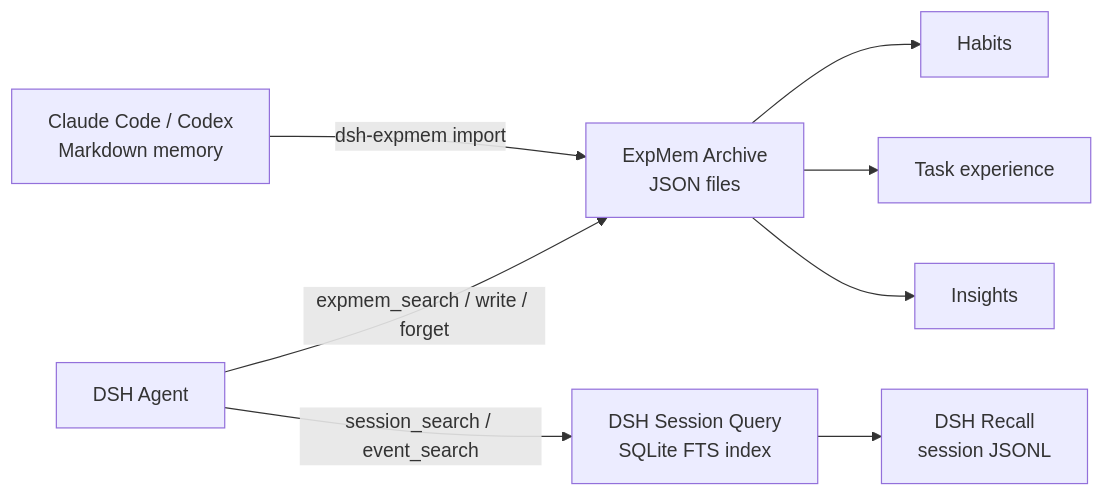
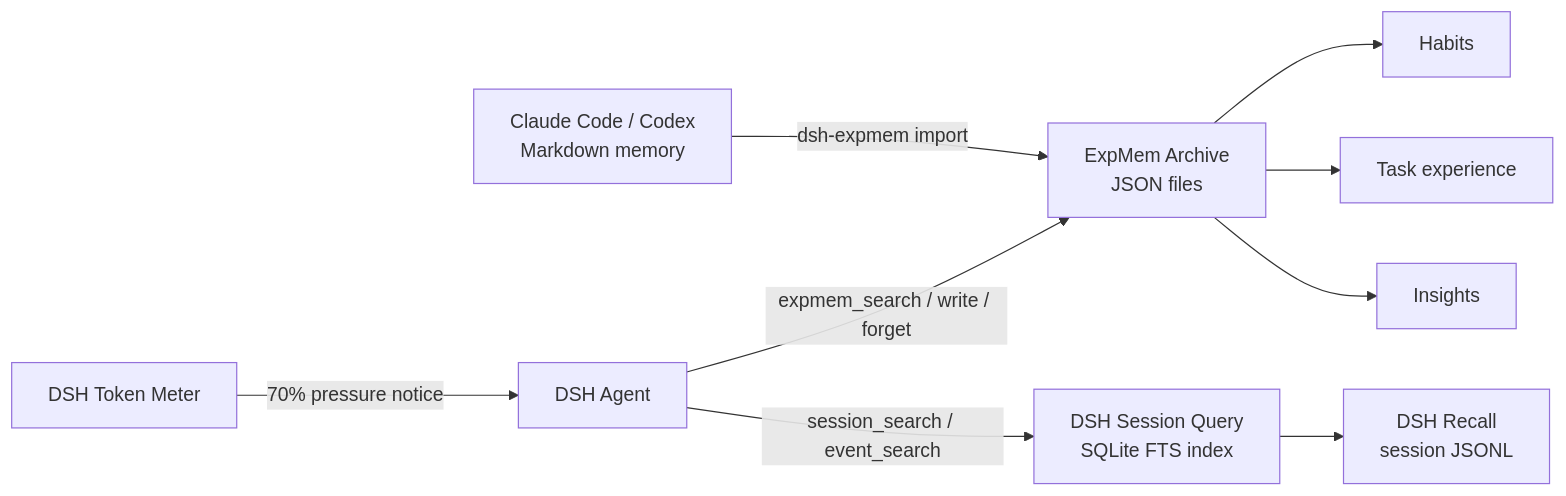
One commit to creativedswork/dsh-expmem changed the diagram in README.md. Above: the diagram before and after it, drawn with Mermaid. The commit also changed other lines of this file and 5 other files, not shown here.

````diff
--- a/README.md
+++ b/README.md
@@ -11,14 +11,15 @@
 ```mermaid
 flowchart LR
   Agent["DSH Agent"]
   Sources["Claude Code / Codex<br/>Markdown memory"]
 
   Agent -->|"expmem_search / write / forget"| Archive["ExpMem Archive<br/>JSON files"]
   Agent -->|"session_search / event_search"| Query["DSH Session Query<br/>SQLite FTS index"]
+  Meter["DSH Token Meter"] -->|"70% pressure notice"| Agent
   Query --> Recall["DSH Recall<br/>session JSONL"]
   Sources -->|"dsh-expmem import"| Archive
 
   Archive --> Habits["Habits"]
   Archive --> Experience["Task experience"]
   Archive --> Insights["Insights"]
 ```
````
